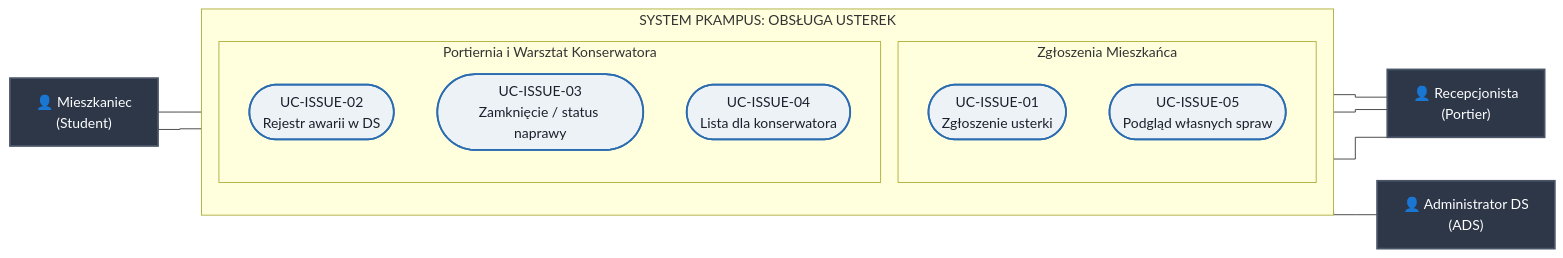
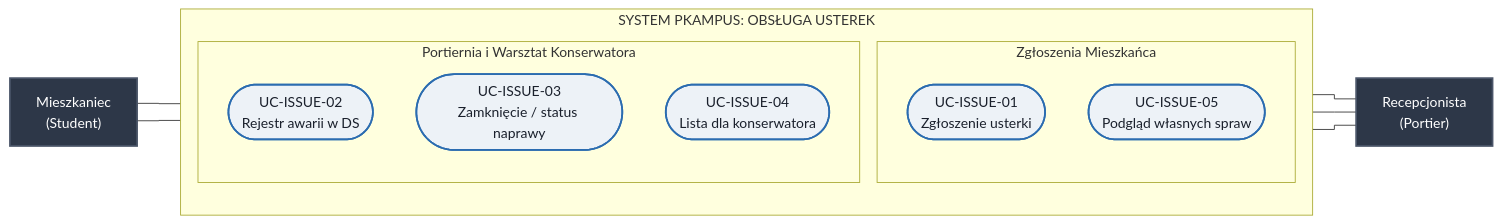
Before and after one commit to Buczy8/PKampus: the fifth of 8 diagrams in Docs/Diagramy_Przypadkow_Uzycia.md, drawn with Mermaid. The commit also changed other lines of this file and 3 other files, not shown here.

Commit message:
docs: update use case and sequence diagrams for PKampus system, improve clarity and consistency

````diff
--- a/Docs/Diagramy_Przypadkow_Uzycia.md
+++ b/Docs/Diagramy_Przypadkow_Uzycia.md
@@ -169,36 +174,34 @@
 ```mermaid
 %%{init: {'flowchart': {'curve': 'stepBefore'}}}%%
 flowchart LR
     classDef studentStyle fill:#2d3748,stroke:#4a5568,stroke-width:2px,color:#fff;
     classDef staffStyle fill:#2d3748,stroke:#4a5568,stroke-width:2px,color:#fff;
     classDef ucStyle fill:#edf2f7,stroke:#2b6cb0,stroke-width:2px,color:#1a202c;
 
-    Student["👤 Mieszkaniec<br/>(Student)"]:::studentStyle
+    Student["Mieszkaniec<br/>(Student)"]:::studentStyle
 
     subgraph System_Issues ["SYSTEM PKAMPUS: OBSŁUGA USTEREK"]
         direction TB
         subgraph Strefa_Mieszkanca ["Zgłoszenia Mieszkańca"]
             UC_ISSUE_01(["UC-ISSUE-01<br/>Zgłoszenie usterki"]):::ucStyle
             UC_ISSUE_05(["UC-ISSUE-05<br/>Podgląd własnych spraw"]):::ucStyle
         end
 
         subgraph Strefa_Warsztatu ["Portiernia i Warsztat Konserwatora"]
             UC_ISSUE_02(["UC-ISSUE-02<br/>Rejestr awarii w DS"]):::ucStyle
             UC_ISSUE_03(["UC-ISSUE-03<br/>Zamknięcie / status naprawy"]):::ucStyle
             UC_ISSUE_04(["UC-ISSUE-04<br/>Lista dla konserwatora"]):::ucStyle
         end
     end
 
-    Portier["👤 Recepcjonista<br/>(Portier)"]:::staffStyle
-    AdminDS["👤 Administrator DS<br/>(ADS)"]:::staffStyle
+    Portier["Recepcjonista<br/>(Portier)"]:::staffStyle
 
     %% Relacje mieszkańca po lewej stronie (tylko do strefy zgłoszeń)
     Student --- UC_ISSUE_01
     Student --- UC_ISSUE_05
 
     %% Relacje personelu po prawej stronie (tylko do strefy warsztatu)
     UC_ISSUE_02 --- Portier
     UC_ISSUE_03 --- Portier
     UC_ISSUE_04 --- Portier
-    UC_ISSUE_02 --- AdminDS
 ```
````
